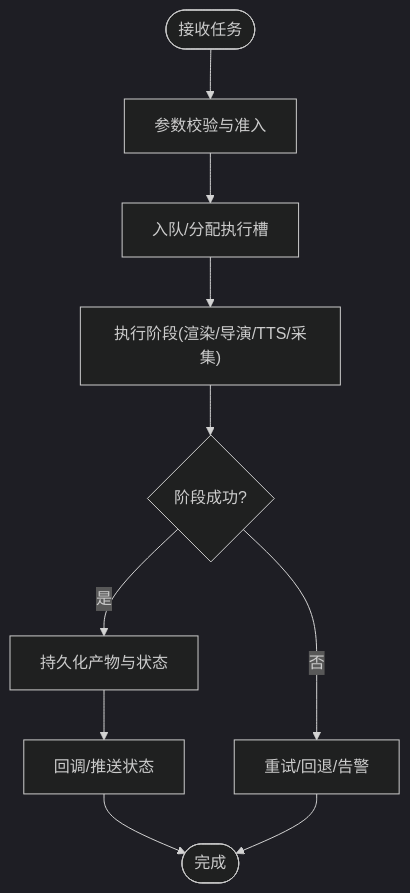
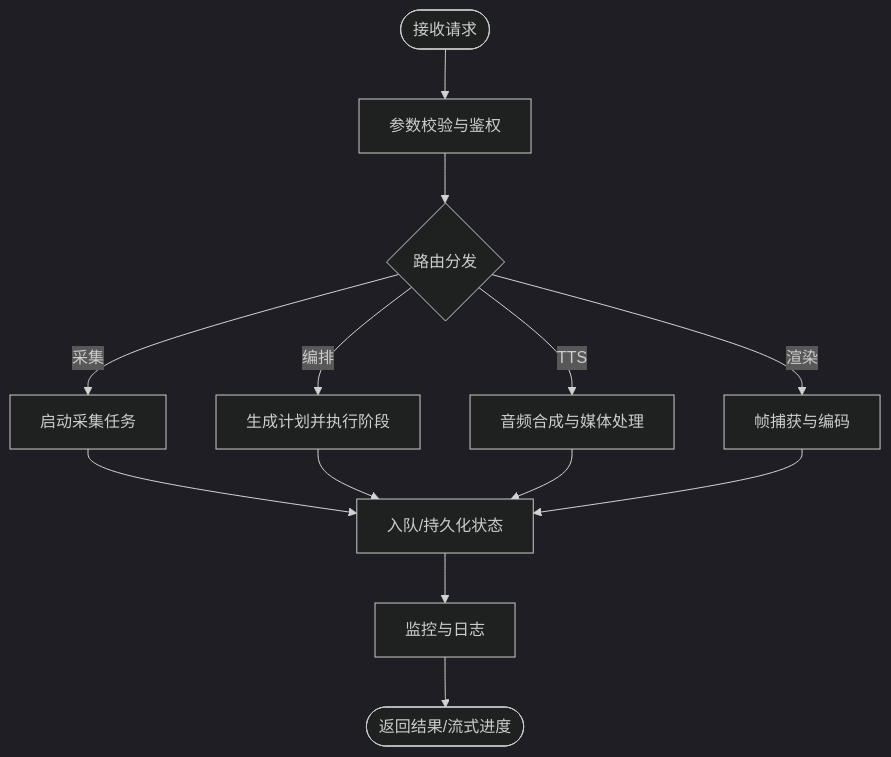
One commit to scottcwy/PurpleInk changed the fourth of 8 diagrams in .qoder/repowiki/zh/content/架构设计/系统架构概览.md. Above: the diagram before and after it, drawn with Mermaid (dark theme). The commit also changed other lines of this file and 872 other files, not shown here.

````diff
--- a/.qoder/repowiki/zh/content/架构设计/系统架构概览.md
+++ b/.qoder/repowiki/zh/content/架构设计/系统架构概览.md
@@ -199,12 +218,15 @@
 ```mermaid
 flowchart TD
-Start(["接收任务"]) --> Validate["参数校验与准入"]
-Validate --> Enqueue["入队/分配执行槽"]
-Enqueue --> Execute["执行阶段(渲染/导演/TTS/采集)"]
-Execute --> Check{"阶段成功?"}
-Check --> |否| Retry["重试/回退/告警"]
-Check --> |是| Persist["持久化产物与状态"]
-Persist --> Notify["回调/推送状态"]
-Notify --> End(["完成"])
-Retry --> End
+Start(["接收请求"]) --> Validate["参数校验与鉴权"]
+Validate --> Route{"路由分发"}
+Route --> |采集| Capture["启动采集任务"]
+Route --> |编排| Compose["生成计划并执行阶段"]
+Route --> |TTS| TTSPipe["音频合成与媒体处理"]
+Route --> |渲染| Render["帧捕获与编码"]
+Capture --> Queue["入队/持久化状态"]
+Compose --> Queue
+TTSPipe --> Queue
+Render --> Queue
+Queue --> Monitor["监控与日志"]
+Monitor --> End(["返回结果/流式进度"])
 ```
````
